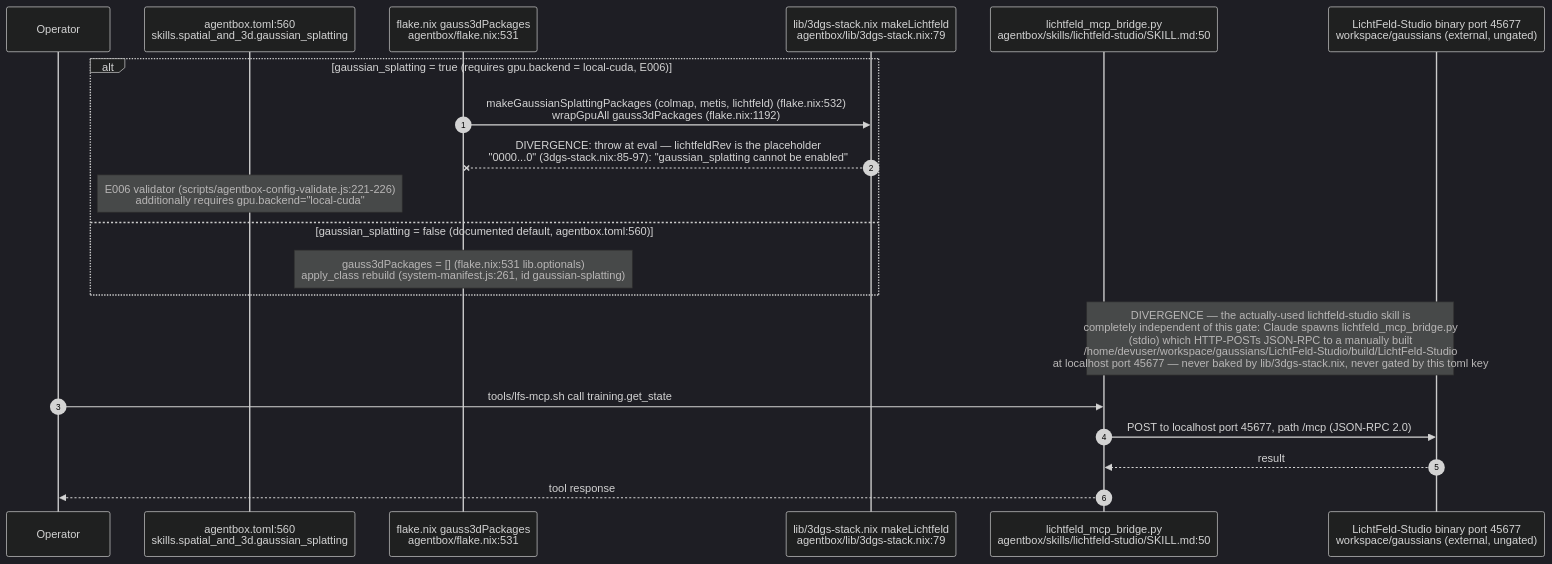
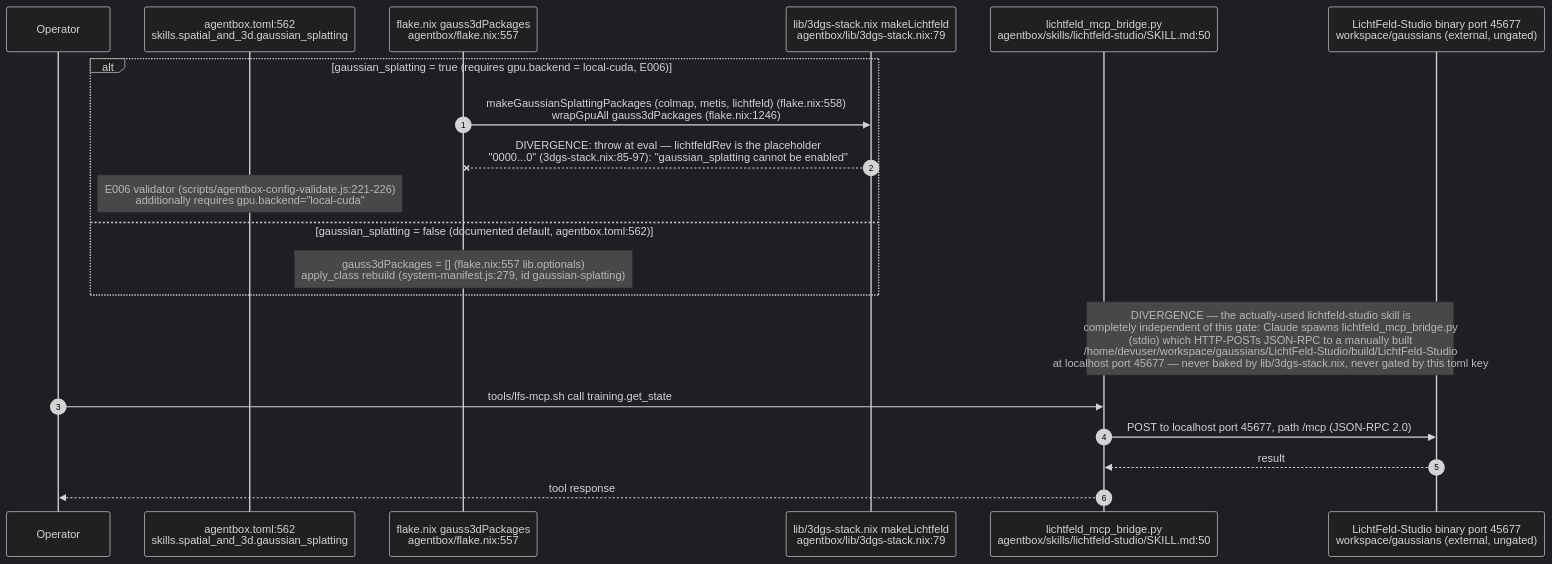
One commit to DreamLab-AI/VisionFlow changed the ninth of 13 diagrams in docs/diagrams/agentbox/27-media-gpu-capability-services.md. Above: the diagram before and after it, drawn with Mermaid (dark theme). The commit also changed other lines of this file and 136 other files, not shown here.

First line of the commit message:
docs(diagrams): refresh the whole corpus to code HEAD and prune low-value diagrams

````diff
--- a/docs/diagrams/agentbox/27-media-gpu-capability-services.md
+++ b/docs/diagrams/agentbox/27-media-gpu-capability-services.md
@@ -286,23 +291,23 @@
 ```mermaid
 sequenceDiagram
     autonumber
     participant Op as Operator
-    participant Toml as agentbox.toml:560<br/>skills.spatial_and_3d.gaussian_splatting
-    participant Flake as flake.nix gauss3dPackages<br/>agentbox/flake.nix:531
+    participant Toml as agentbox.toml:562<br/>skills.spatial_and_3d.gaussian_splatting
+    participant Flake as flake.nix gauss3dPackages<br/>agentbox/flake.nix:557
     participant Nix3dgs as lib/3dgs-stack.nix makeLichtfeld<br/>agentbox/lib/3dgs-stack.nix:79
     participant Bridge as lichtfeld_mcp_bridge.py<br/>agentbox/skills/lichtfeld-studio/SKILL.md:50
     participant LFS as LichtFeld-Studio binary port 45677<br/>workspace/gaussians (external, ungated)
 
     alt gaussian_splatting = true (requires gpu.backend = local-cuda, E006)
-        Flake->>Nix3dgs: makeGaussianSplattingPackages (colmap, metis, lichtfeld) (flake.nix:532)<br/>wrapGpuAll gauss3dPackages (flake.nix:1192)
+        Flake->>Nix3dgs: makeGaussianSplattingPackages (colmap, metis, lichtfeld) (flake.nix:558)<br/>wrapGpuAll gauss3dPackages (flake.nix:1246)
         Nix3dgs--xFlake: DIVERGENCE: throw at eval — lichtfeldRev is the placeholder<br/>"0000...0" (3dgs-stack.nix:85-97): "gaussian_splatting cannot be enabled"
         Note over Toml: E006 validator (scripts/agentbox-config-validate.js:221-226)<br/>additionally requires gpu.backend="local-cuda"
-    else gaussian_splatting = false (documented default, agentbox.toml:560)
-        Note over Flake: gauss3dPackages = [] (flake.nix:531 lib.optionals)<br/>apply_class rebuild (system-manifest.js:261, id gaussian-splatting)
+    else gaussian_splatting = false (documented default, agentbox.toml:562)
+        Note over Flake: gauss3dPackages = [] (flake.nix:557 lib.optionals)<br/>apply_class rebuild (system-manifest.js:279, id gaussian-splatting)
     end
     Note over Bridge,LFS: DIVERGENCE — the actually-used lichtfeld-studio skill is<br/>completely independent of this gate: Claude spawns lichtfeld_mcp_bridge.py<br/>(stdio) which HTTP-POSTs JSON-RPC to a manually built<br/>/home/devuser/workspace/gaussians/LichtFeld-Studio/build/LichtFeld-Studio<br/>at localhost port 45677 — never baked by lib/3dgs-stack.nix, never gated by this toml key
     Op->>Bridge: tools/lfs-mcp.sh call training.get_state
     Bridge->>LFS: POST to localhost port 45677, path /mcp (JSON-RPC 2.0)
     LFS-->>Bridge: result
     Bridge-->>Op: tool response
 ```
````
